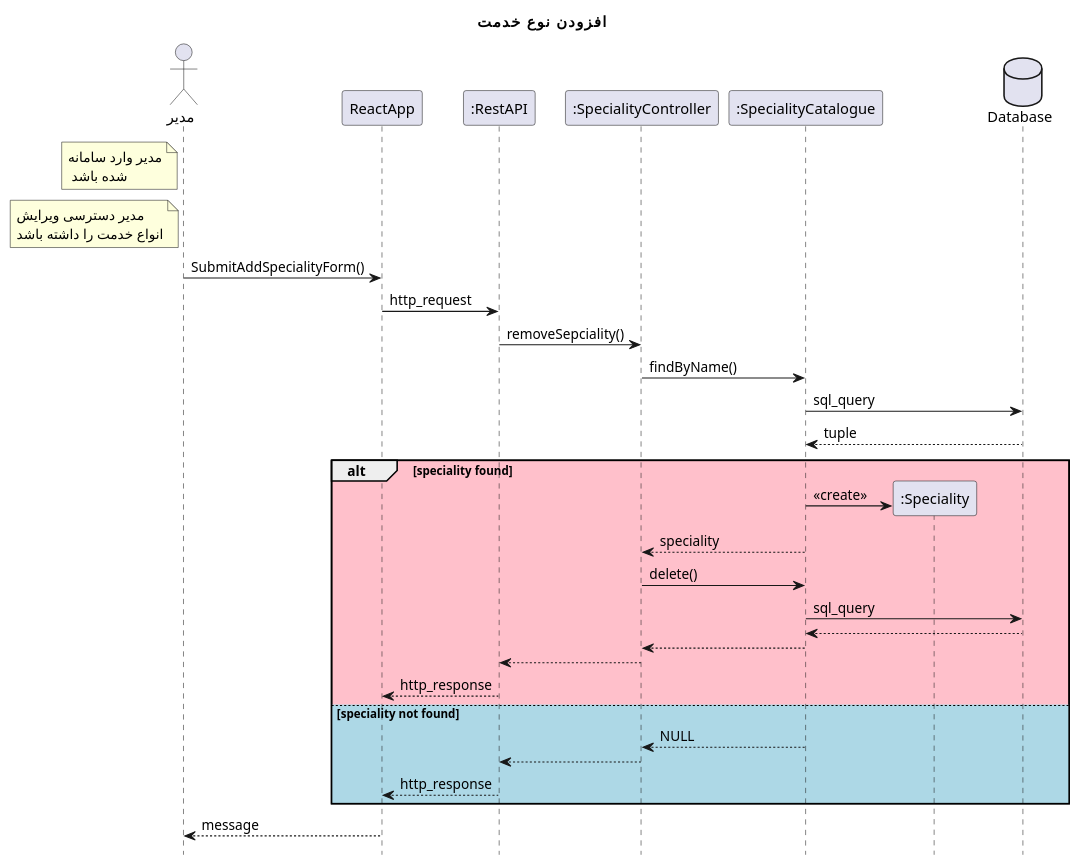
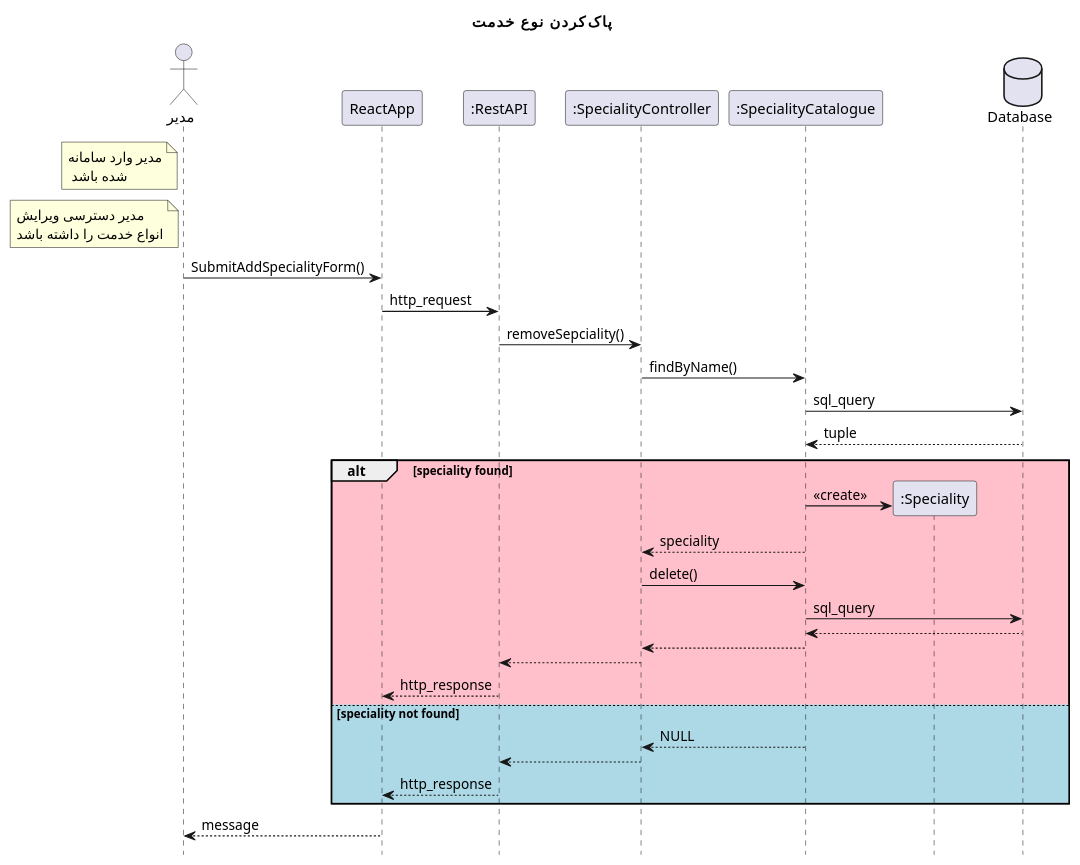
Before and after one commit to Khedmatkar-OOD-spring-2022/Model-and-Documents: the diagram in design sequence diagams/removeSpeciality.plantuml, drawn with PlantUML. The commit also changed 1 other file, not shown here.

```diff
--- a/design sequence diagams/removeSpeciality.plantuml
+++ b/design sequence diagams/removeSpeciality.plantuml
@@ -1,43 +1,43 @@
 @startuml addSpeciality
 hide footbox
-title "افزودن نوع خدمت"
+title "پاک‌کردن نوع خدمت"
 actor       "مدیر" as root
 participant ReactApp
 participant ":RestAPI" as RestAPI
 participant ":SpecialityController" as SpecialityController
 participant ":SpecialityCatalogue" as SpecialityCatalogue
 participant ":Speciality" as Speciality
 database Database
 note left of root
     مدیر وارد سامانه
      شده باشد
 end note
 note left of root
     مدیر دسترسی ویرایش
     انواع خدمت را داشته باشد
 end note
     
 root -> ReactApp : SubmitAddSpecialityForm()
 ReactApp -> RestAPI : http_request
 RestAPI -> SpecialityController : removeSepciality()
 
 SpecialityController -> SpecialityCatalogue : findByName()
 SpecialityCatalogue -> Database : sql_query
 return tuple
 alt #Pink speciality found
     SpecialityCatalogue -> Speciality **: <<create>>
     SpecialityCatalogue --> SpecialityController: speciality
     SpecialityController -> SpecialityCatalogue : delete()
     SpecialityCatalogue -> Database : sql_query
     return
     SpecialityCatalogue --> SpecialityController
     SpecialityController --> RestAPI
     RestAPI --> ReactApp: http_response
 else #LightBlue speciality not found
     SpecialityCatalogue --> SpecialityController: NULL
     SpecialityController --> RestAPI
     RestAPI --> ReactApp : http_response 
 end
 
 ReactApp --> root: message
 @enduml
```
